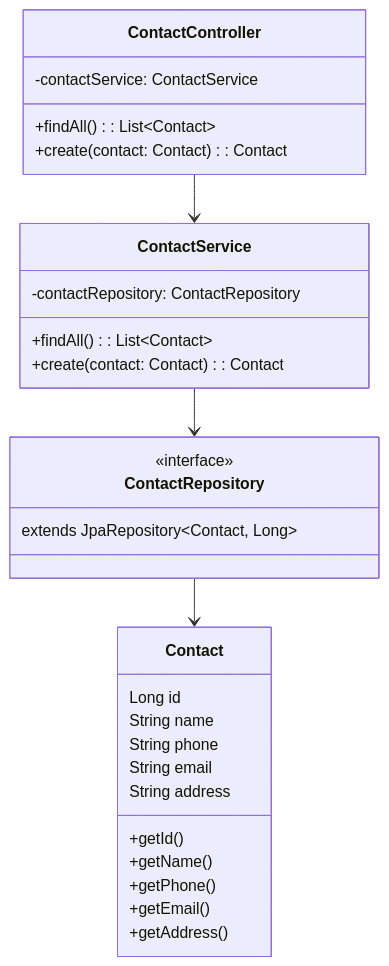
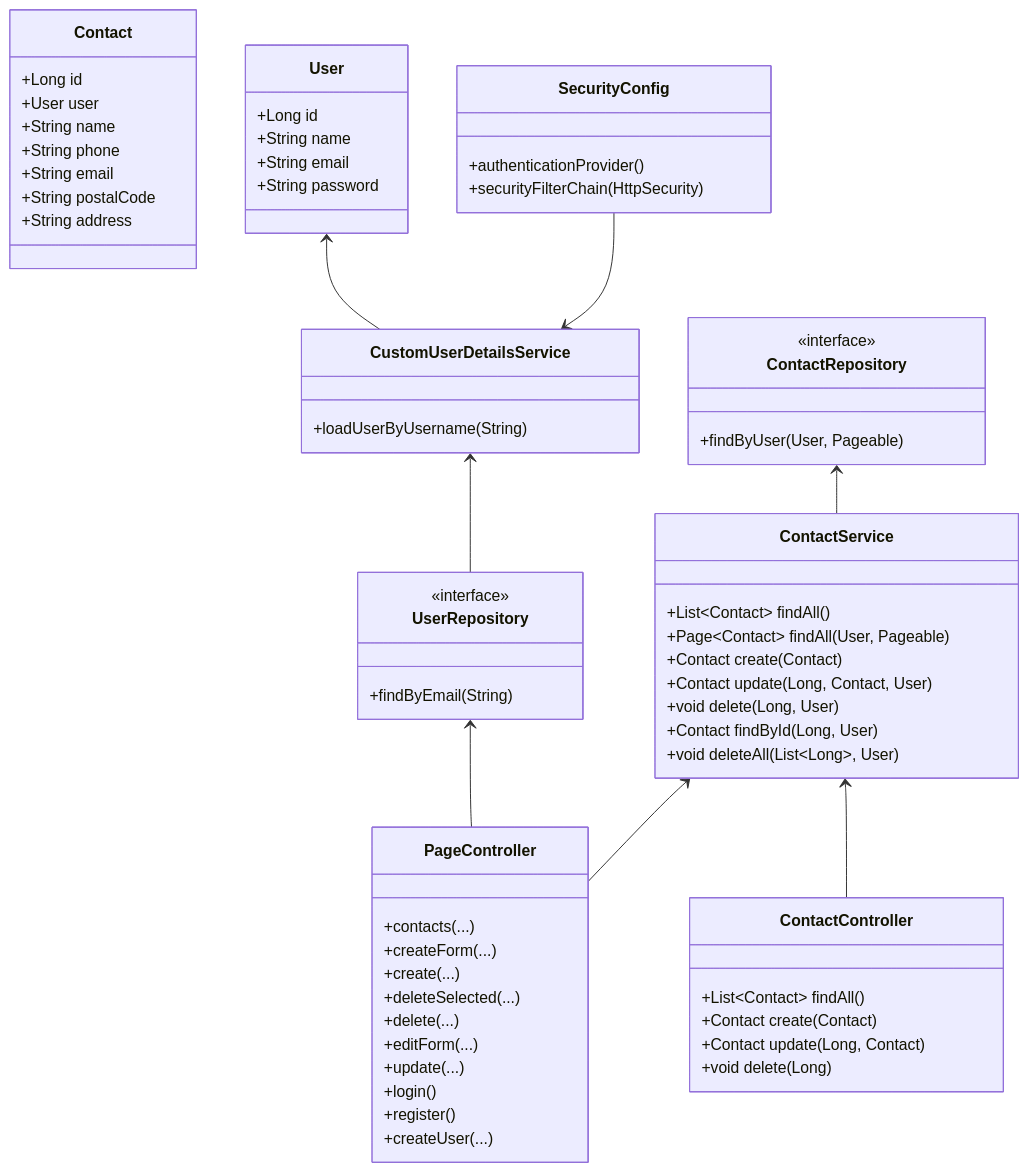
One commit to alcion-demo/springboot_address changed the second of 2 diagrams in README.md. Above: the diagram before and after it, drawn with Mermaid. The commit also changed other lines of this file and 20 other files, not shown here.

````diff
--- a/README.md
+++ b/README.md
@@ -121,36 +163,68 @@
 ```mermaid
 classDiagram
   class Contact {
-    Long id
-    String name
-    String phone
-    String email
-    String address
-    +getId()
-    +getName()
-    +getPhone()
-    +getEmail()
-    +getAddress()
+    +Long id
+    +User user
+    +String name
+    +String phone
+    +String email
+    +String postalCode
+    +String address
+  }
+  class User {
+    +Long id
+    +String name
+    +String email
+    +String password
+  }
+  class ContactRepository {
+    <<interface>>
+    +findByUser(User, Pageable)
+  }
+  class UserRepository {
+    <<interface>>
+    +findByEmail(String)
+  }
+  class ContactService {
+    +List~Contact~ findAll()
+    +Page~Contact~ findAll(User, Pageable)
+    +Contact create(Contact)
+    +Contact update(Long, Contact, User)
+    +void delete(Long, User)
+    +Contact findById(Long, User)
+    +void deleteAll(List~Long~, User)
+  }
+  class PageController {
+    +contacts(...)
+    +createForm(...)
+    +create(...)
+    +deleteSelected(...)
+    +delete(...)
+    +editForm(...)
+    +update(...)
+    +login()
+    +register()
+    +createUser(...)
+  }
+  class ContactController {
+    +List~Contact~ findAll()
+    +Contact create(Contact)
+    +Contact update(Long, Contact)
+    +void delete(Long)
+  }
+  class SecurityConfig {
+    +authenticationProvider()
+    +securityFilterChain(HttpSecurity)
+  }
+  class CustomUserDetailsService {
+    +loadUserByUsername(String)
   }
 
-  class ContactController {
-    -contactService: ContactService
-    +findAll(): List~Contact~
-    +create(contact: Contact): Contact
-  }
-
-  class ContactService {
-    -contactRepository: ContactRepository
-    +findAll(): List~Contact~
-    +create(contact: Contact): Contact
-  }
-
-  class ContactRepository {
-    <<interface>>
-    extends JpaRepository~Contact, Long~
-  }
-
-  ContactController --> ContactService
-  ContactService --> ContactRepository
-  ContactRepository --> Contact
+  ContactRepository <-- ContactService
+  UserRepository <-- PageController
+  ContactService <-- PageController
+  ContactService <-- ContactController
+  User <-- CustomUserDetailsService
+  CustomUserDetailsService <-- UserRepository
+  SecurityConfig --> CustomUserDetailsService
 ```
````
